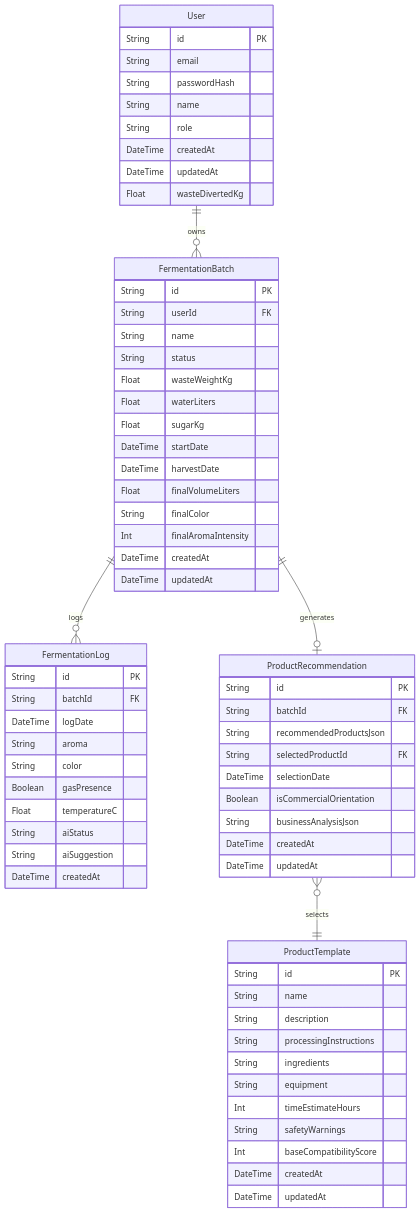
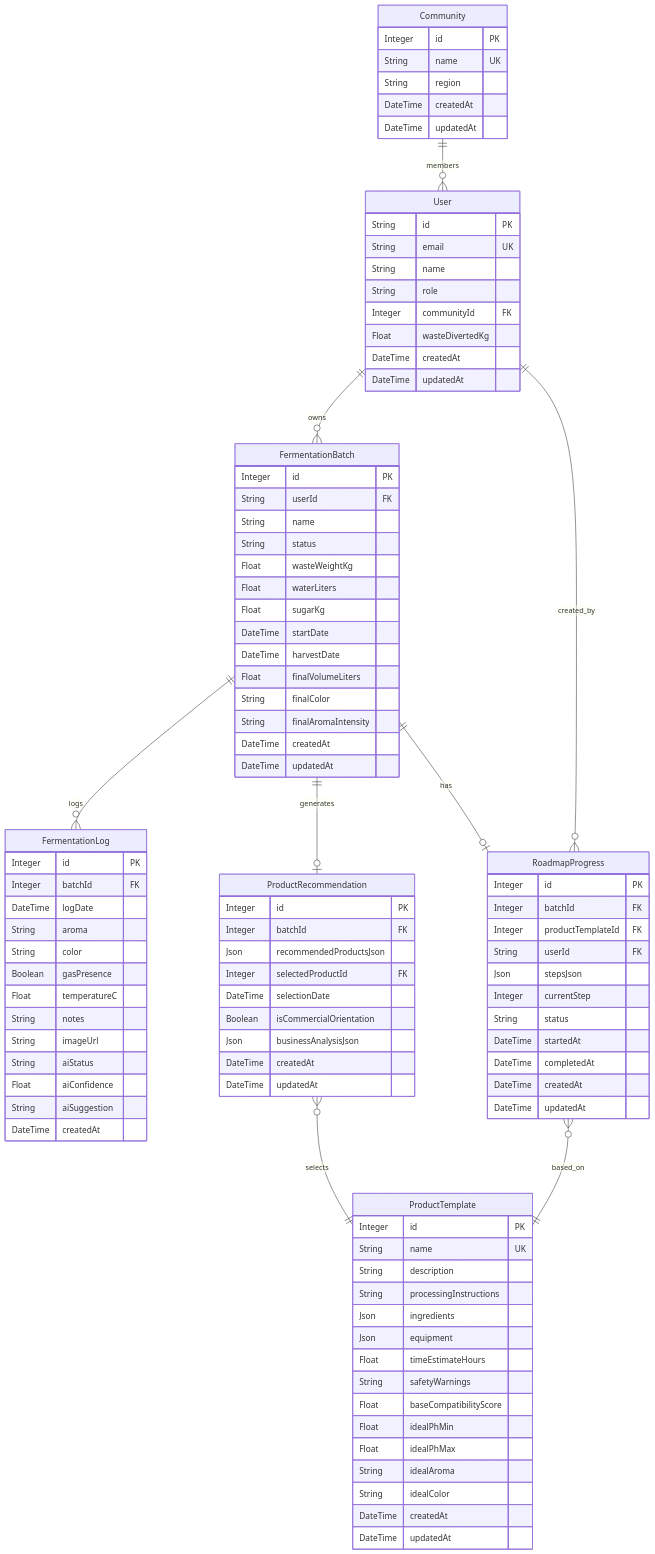
The diagram in DATABASE.md (GomalRajaGula/EcoFlow-AI), drawn with Mermaid before and after one commit. The commit also changed other lines of this file and 7 other files, not shown here.

````diff
--- a/DATABASE.md
+++ b/DATABASE.md
@@ -7,18 +7,26 @@
 ```mermaid
 erDiagram
+    Community {
+        Integer id PK
+        String name UK
+        String region
+        DateTime createdAt
+        DateTime updatedAt
+    }
+
     User {
         String id PK
-        String email
-        String passwordHash
+        String email UK
         String name
         String role
+        Integer communityId FK
+        Float wasteDivertedKg
         DateTime createdAt
         DateTime updatedAt
-        Float wasteDivertedKg
     }
 
     FermentationBatch {
-        String id PK
+        Integer id PK
         String userId FK
         String name
         String status
@@ -29,52 +37,77 @@
         DateTime harvestDate
         Float finalVolumeLiters
         String finalColor
-        Int finalAromaIntensity
+        String finalAromaIntensity
         DateTime createdAt
         DateTime updatedAt
     }
 
     FermentationLog {
-        String id PK
-        String batchId FK
+        Integer id PK
+        Integer batchId FK
         DateTime logDate
         String aroma
         String color
         Boolean gasPresence
         Float temperatureC
+        String notes
+        String imageUrl
         String aiStatus
+        Float aiConfidence
         String aiSuggestion
         DateTime createdAt
     }
 
     ProductTemplate {
-        String id PK
-        String name
+        Integer id PK
+        String name UK
         String description
         String processingInstructions
-        String ingredients
-        String equipment
-        Int timeEstimateHours
+        Json ingredients
+        Json equipment
+        Float timeEstimateHours
         String safetyWarnings
-        Int baseCompatibilityScore
+        Float baseCompatibilityScore
+        Float idealPhMin
+        Float idealPhMax
+        String idealAroma
+        String idealColor
         DateTime createdAt
         DateTime updatedAt
     }
 
     ProductRecommendation {
-        String id PK
-        String batchId FK
-        String recommendedProductsJson
-        String selectedProductId FK
+        Integer id PK
+        Integer batchId FK
+        Json recommendedProductsJson
+        Integer selectedProductId FK
         DateTime selectionDate
         Boolean isCommercialOrientation
-        String businessAnalysisJson
+        Json businessAnalysisJson
         DateTime createdAt
         DateTime updatedAt
     }
 
+    RoadmapProgress {
+        Integer id PK
+        Integer batchId FK
+        Integer productTemplateId FK
+        String userId FK
+        Json stepsJson
+        Integer currentStep
+        String status
+        DateTime startedAt
+        DateTime completedAt
+        DateTime createdAt
+        DateTime updatedAt
+    }
+
+    Community ||--o{ User : members
     User ||--o{ FermentationBatch : owns
     FermentationBatch ||--o{ FermentationLog : logs
     FermentationBatch ||--o| ProductRecommendation : generates
     ProductRecommendation }o--|| ProductTemplate : selects
+    FermentationBatch ||--o| RoadmapProgress : has
+    RoadmapProgress }o--|| ProductTemplate : based_on
+    RoadmapProgress }o--|| User : created_by
 ```
````
